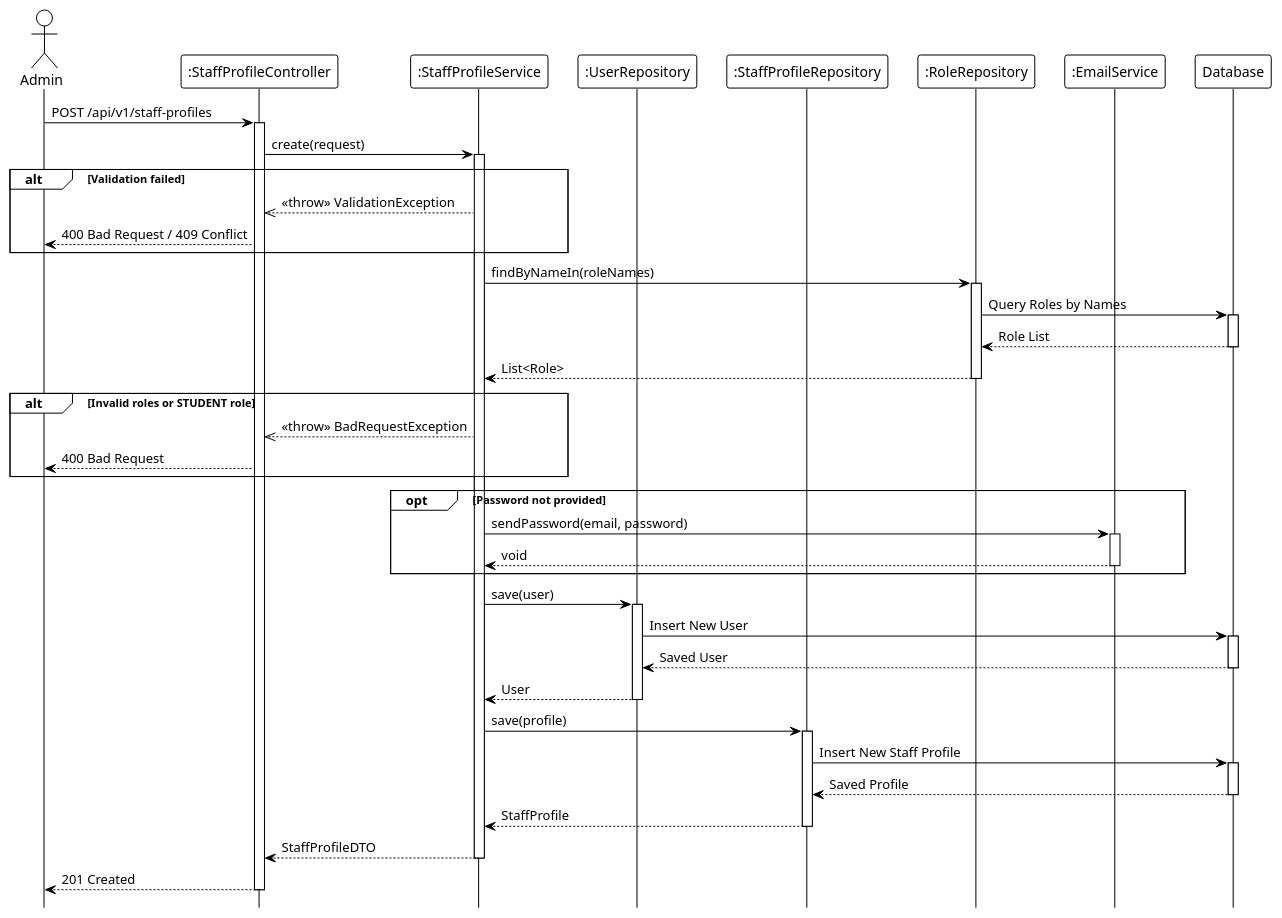
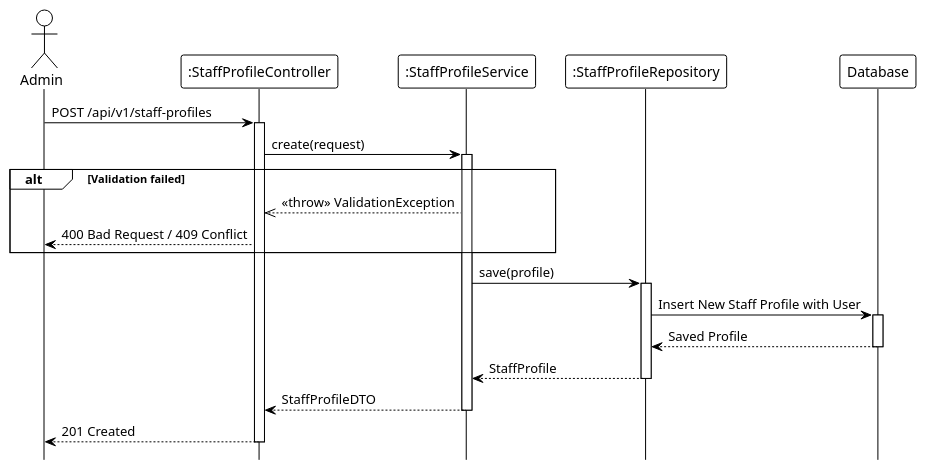
The diagram in system_detailed_design/51_create_staff/sequence_diagram_create_staff.puml (Ndh474/context), drawn with PlantUML before and after one commit. The commit also changed 8 other files, not shown here.

```diff
--- a/system_detailed_design/51_create_staff/sequence_diagram_create_staff.puml
+++ b/system_detailed_design/51_create_staff/sequence_diagram_create_staff.puml
@@ -1,85 +1,42 @@
 @startuml create_staff
 !theme plain
 hide footbox
 
 actor Admin
 participant ":StaffProfileController" as Controller
 participant ":StaffProfileService" as Service
-participant ":UserRepository" as UserRepo
-participant ":StaffProfileRepository" as StaffRepo
-participant ":RoleRepository" as RoleRepo
-participant ":EmailService" as EmailService
+participant ":StaffProfileRepository" as Repository
 participant "Database" as DB
 
 ' --- MAIN FLOW ---
 Admin -> Controller: POST /api/v1/staff-profiles
 activate Controller
 
 Controller -> Service: create(request)
 activate Service
 
-' --- VALIDATION LOGIC ---
-' Validation logic (internal)
+' Validation logic (internal: staff code/email/username uniqueness, role validation, password generation & email)
 
 alt Validation failed
     Service -->> Controller: <<throw>> ValidationException
     Controller --> Admin: 400 Bad Request / 409 Conflict
 end
 
-' --- VALIDATE ROLES ---
-Service -> RoleRepo: findByNameIn(roleNames)
-activate RoleRepo
+Service -> Repository: save(profile)
+activate Repository
 
-RoleRepo -> DB: Query Roles by Names
+Repository -> DB: Insert New Staff Profile with User
 activate DB
-DB --> RoleRepo: Role List
+DB --> Repository: Saved Profile
 deactivate DB
 
-RoleRepo --> Service: List<Role>
-deactivate RoleRepo
-
-alt Invalid roles or STUDENT role
-    Service -->> Controller: <<throw>> BadRequestException
-    Controller --> Admin: 400 Bad Request
-end
-
-' --- GENERATE PASSWORD AND SEND EMAIL ---
-opt Password not provided
-    Service -> EmailService: sendPassword(email, password)
-    activate EmailService
-    
-    EmailService --> Service: void
-    deactivate EmailService
-end
-
-' --- SAVE USER ---
-Service -> UserRepo: save(user)
-activate UserRepo
-
-UserRepo -> DB: Insert New User
-activate DB
-DB --> UserRepo: Saved User
-deactivate DB
-
-UserRepo --> Service: User
-deactivate UserRepo
-
-' --- SAVE STAFF PROFILE ---
-Service -> StaffRepo: save(profile)
-activate StaffRepo
-
-StaffRepo -> DB: Insert New Staff Profile
-activate DB
-DB --> StaffRepo: Saved Profile
-deactivate DB
-
-StaffRepo --> Service: StaffProfile
-deactivate StaffRepo
+Repository --> Service: StaffProfile
+deactivate Repository
 
 Service --> Controller: StaffProfileDTO
 deactivate Service
 
 Controller --> Admin: 201 Created
 deactivate Controller
 
 @enduml
```
